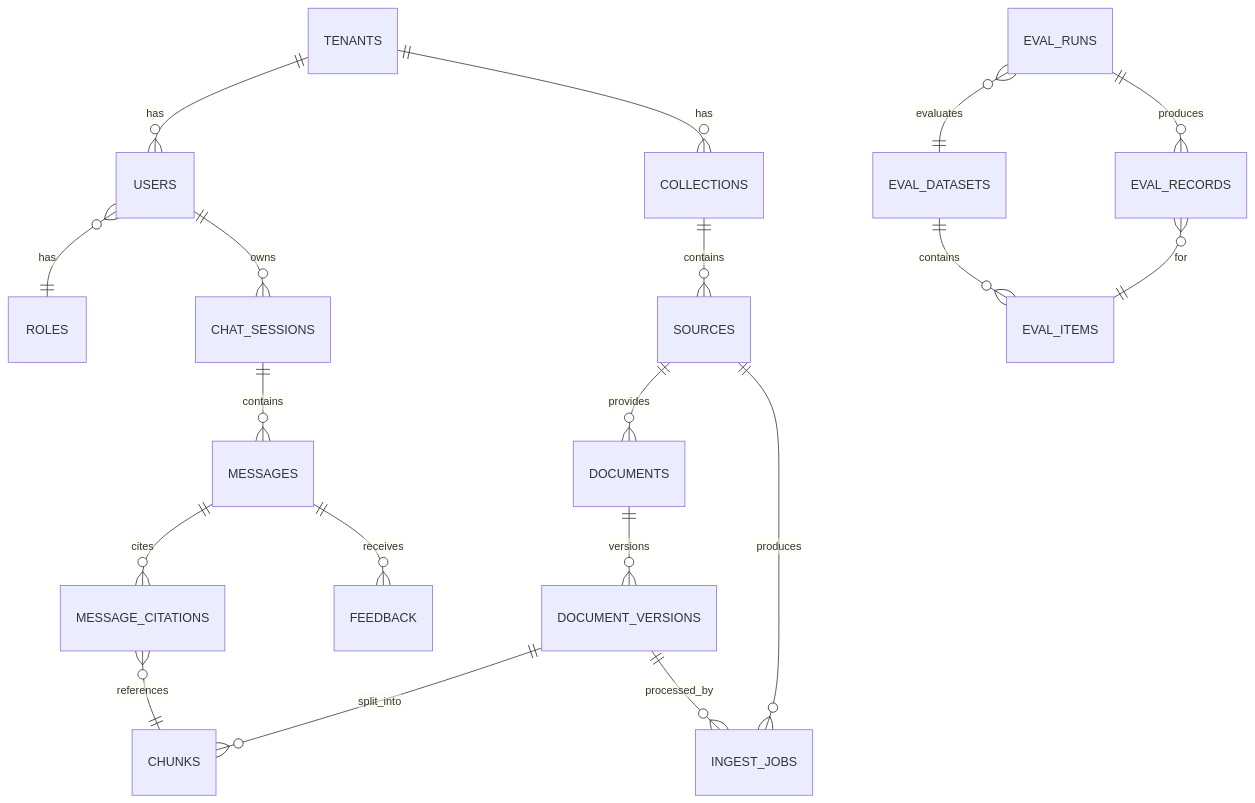
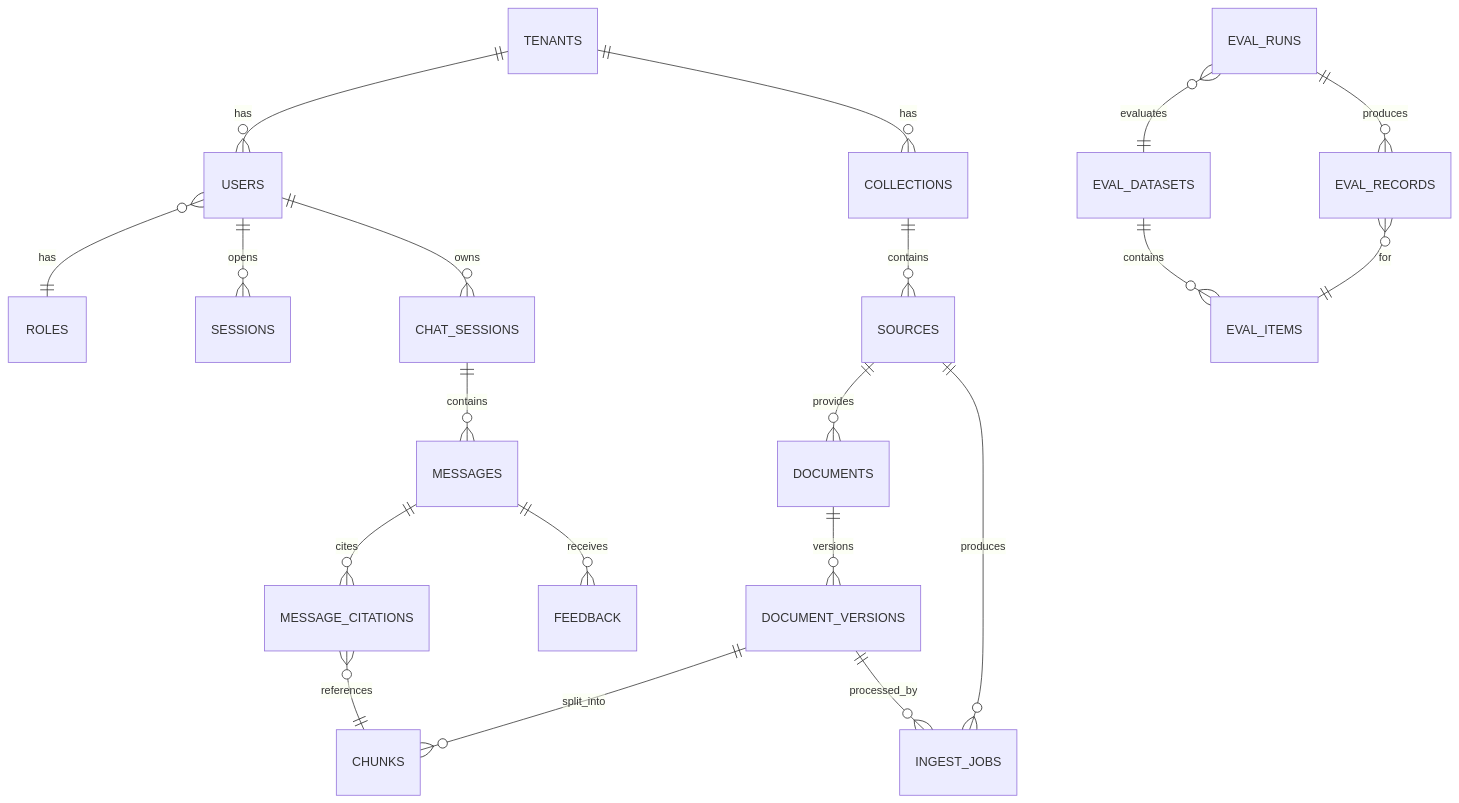
The diagram in docs/data-model.md (axrmxv/lyra), drawn with Mermaid before and after one commit. The commit also changed other lines of this file and 6 other files, not shown here.

````diff
--- a/docs/data-model.md
+++ b/docs/data-model.md
@@ -9,21 +9,22 @@
 ```mermaid
 erDiagram
     TENANTS ||--o{ USERS : has
     TENANTS ||--o{ COLLECTIONS : has
     USERS }o--|| ROLES : has
+    USERS ||--o{ SESSIONS : opens
     COLLECTIONS ||--o{ SOURCES : contains
     SOURCES ||--o{ DOCUMENTS : provides
     DOCUMENTS ||--o{ DOCUMENT_VERSIONS : versions
     DOCUMENT_VERSIONS ||--o{ CHUNKS : split_into
     SOURCES ||--o{ INGEST_JOBS : produces
     DOCUMENT_VERSIONS ||--o{ INGEST_JOBS : processed_by
     USERS ||--o{ CHAT_SESSIONS : owns
     CHAT_SESSIONS ||--o{ MESSAGES : contains
     MESSAGES ||--o{ MESSAGE_CITATIONS : cites
     MESSAGE_CITATIONS }o--|| CHUNKS : references
     MESSAGES ||--o{ FEEDBACK : receives
     EVAL_DATASETS ||--o{ EVAL_ITEMS : contains
     EVAL_RUNS }o--|| EVAL_DATASETS : evaluates
     EVAL_RUNS ||--o{ EVAL_RECORDS : produces
     EVAL_RECORDS }o--|| EVAL_ITEMS : for
 ```
````
